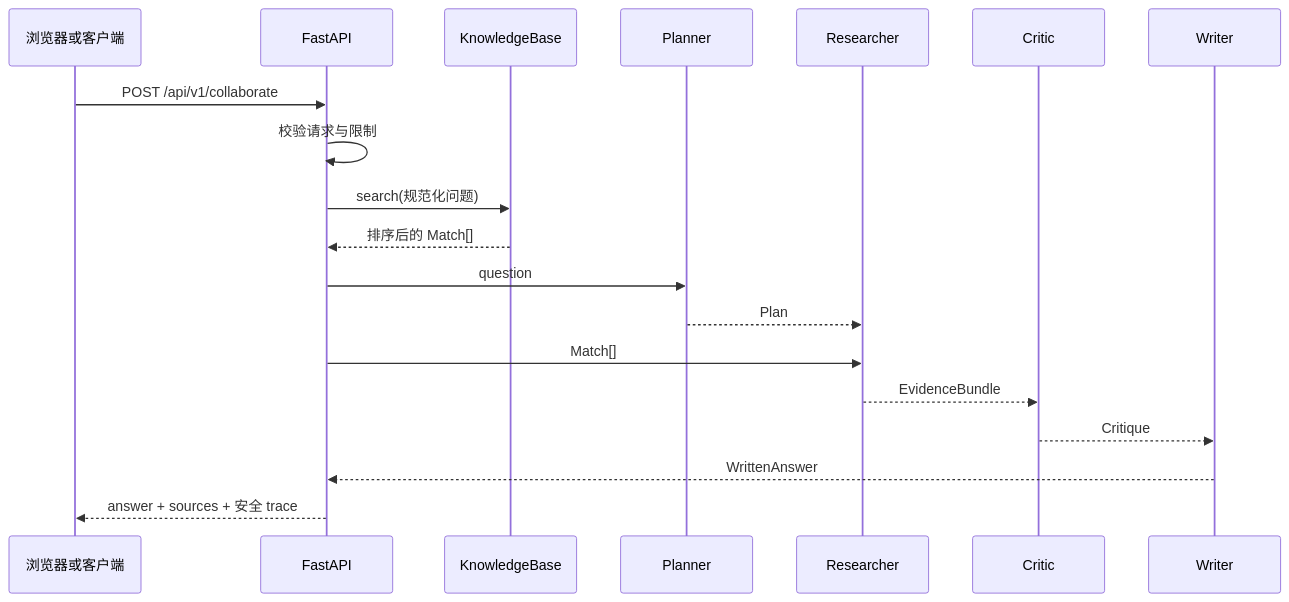
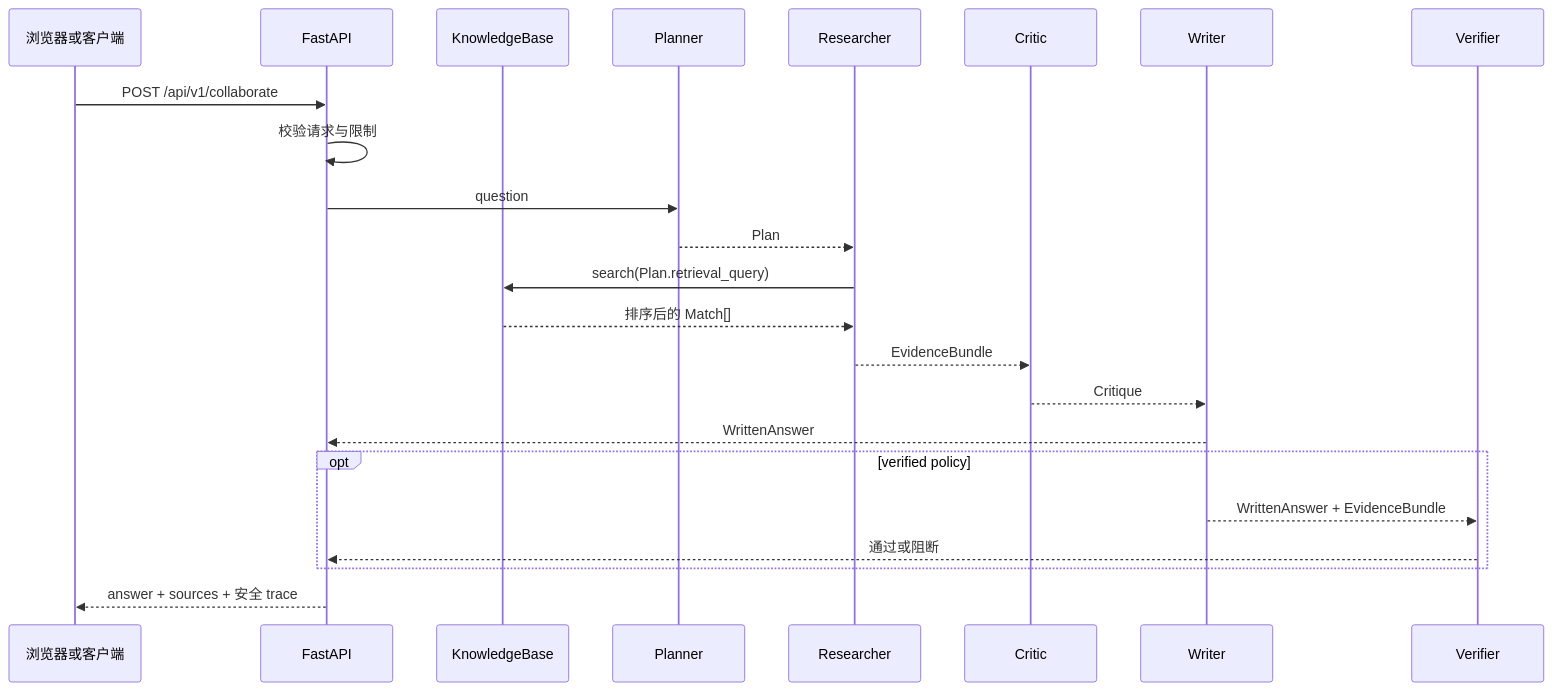
One commit to jzjzzzzzzz/agent-me changed the diagram in course/translations/zh-CN/README.md. Above: the diagram before and after it, drawn with Mermaid. The commit also changed other lines of this file and 43 other files, not shown here.

````diff
--- a/course/translations/zh-CN/README.md
+++ b/course/translations/zh-CN/README.md
@@ -35,22 +37,26 @@
 ```mermaid
 sequenceDiagram
   participant U as 浏览器或客户端
   participant A as FastAPI
   participant K as KnowledgeBase
   participant P as Planner
   participant R as Researcher
   participant C as Critic
   participant W as Writer
+  participant V as Verifier
 
   U->>A: POST /api/v1/collaborate
   A->>A: 校验请求与限制
-  A->>K: search(规范化问题)
-  K-->>A: 排序后的 Match[]
   A->>P: question
   P-->>R: Plan
-  A->>R: Match[]
+  R->>K: search(Plan.retrieval_query)
+  K-->>R: 排序后的 Match[]
   R-->>C: EvidenceBundle
   C-->>W: Critique
   W-->>A: WrittenAnswer
+  opt verified policy
+    W-->>V: WrittenAnswer + EvidenceBundle
+    V-->>A: 通过或阻断
+  end
   A-->>U: answer + sources + 安全 trace
 ```
````
